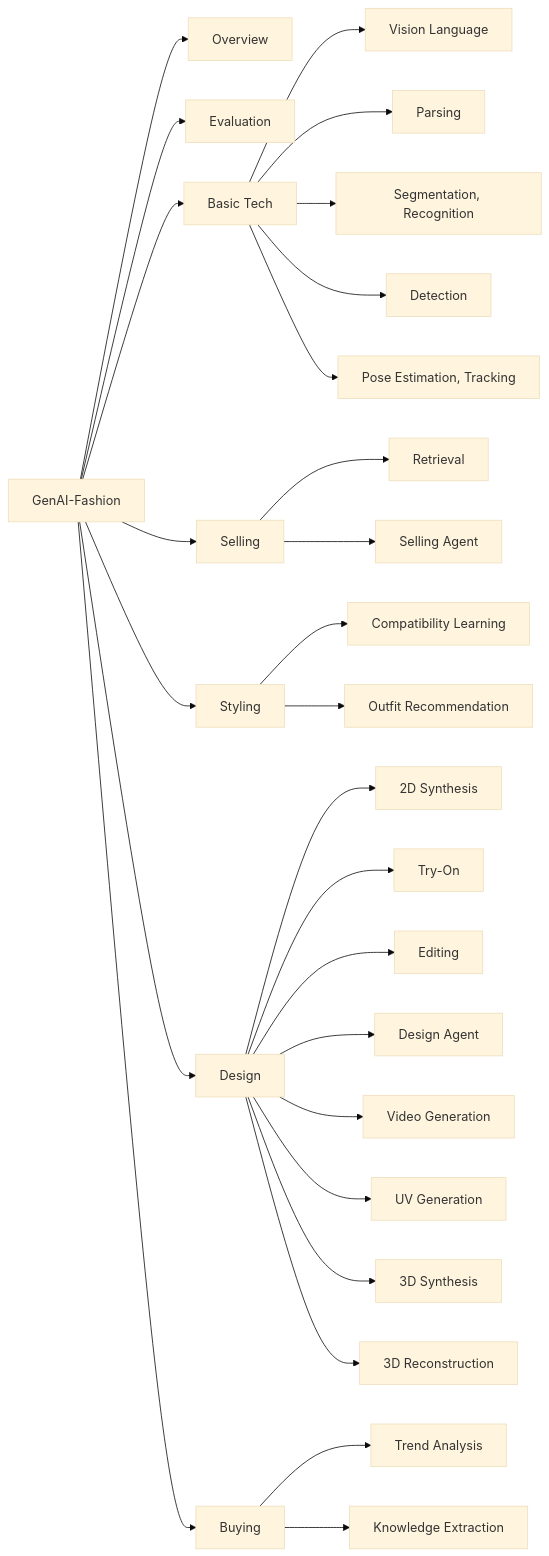
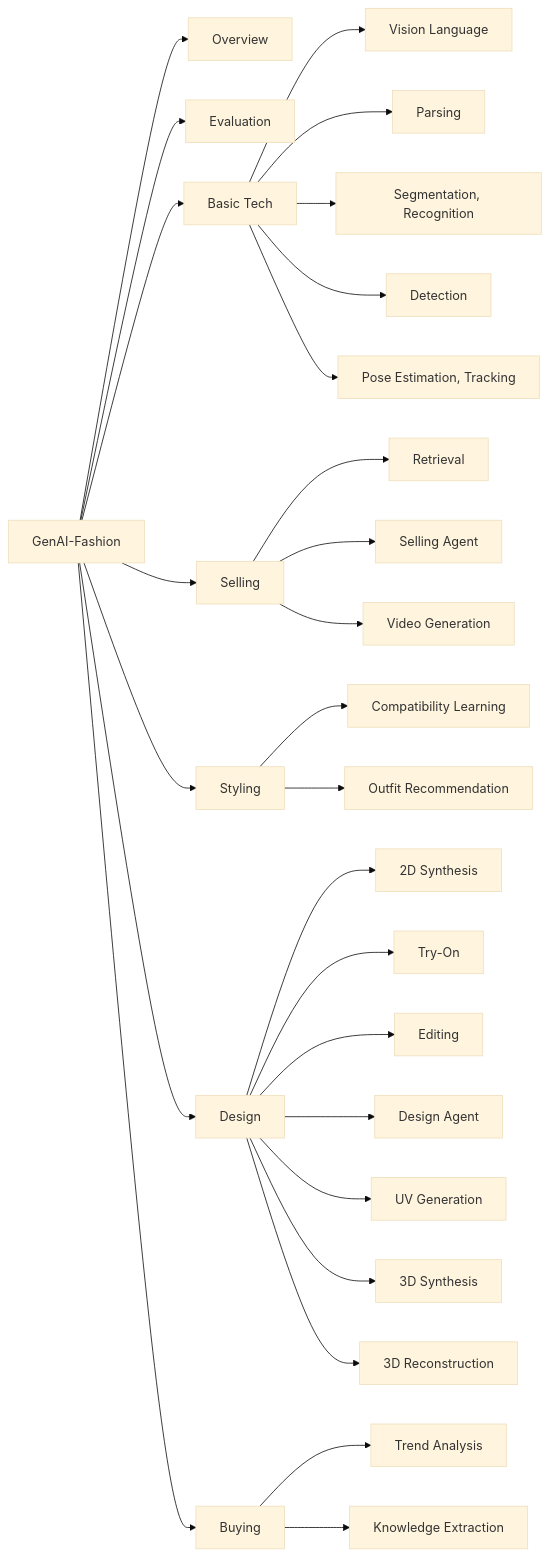
The diagram in README.md (wendashi/Cool-GenAI-Fashion-Papers), drawn with Mermaid (base theme) before and after one commit. The commit also changed other lines of this file, not shown here.

````diff
--- a/README.md
+++ b/README.md
@@ -42,36 +42,36 @@
 ```mermaid
 graph LR
   GenAIFashion[GenAI-Fashion]
   GenAIFashion --> Overview[Overview]
   GenAIFashion --> Evaluation[Evaluation]
   GenAIFashion --> BasicTech[Basic Tech]
   GenAIFashion --> Selling[Selling]
   GenAIFashion --> Styling[Styling]
   GenAIFashion --> Design[Design]
   GenAIFashion --> Buying[Buying]
 
   BasicTech --> VisionLanguage[Vision Language]
   BasicTech --> Parsing[Parsing]
   BasicTech --> SegmentationRecognition[Segmentation, Recognition]
   BasicTech --> Detection[Detection]
   BasicTech --> PoseEstimationTracking[Pose Estimation, Tracking] 
 
   Selling --> Retrieval[Retrieval]
   Selling --> SellingAgent[Selling Agent]
+  Selling --> VideoGeneration[Video Generation]
 
   Styling --> CompatibilityLearning[Compatibility Learning]
   Styling --> OutfitRecommendation[Outfit Recommendation]
 
   Design --> 2DSynthesis[2D Synthesis]
   Design --> TryOn[Try-On]
   Design --> Editing[Editing]
   Design --> DesignAgent[Design Agent]
-  Design --> VideoGeneration[Video Generation]
   Design --> UVGeneration[UV Generation]
   Design --> 3DSynthesis[3D Synthesis]
   Design --> 3DReconstruction[3D Reconstruction]
   
   Buying --> TrendAnalysis[Trend Analysis]
   Buying --> KnowledgeExtraction[Knowledge Extraction]
   
 ```
````
